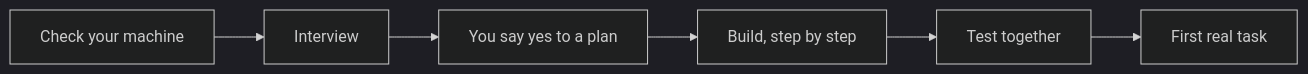
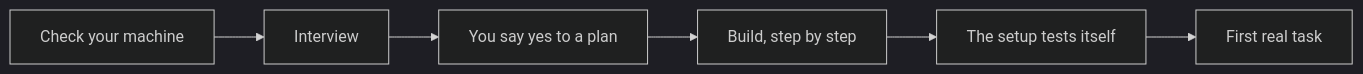
Before and after one commit to nickyjacobs/NEST: the diagram in docs/guide/what-to-expect.md, drawn with Mermaid (dark theme). The commit also changed other lines of this file and 13 other files, not shown here.

````diff
--- a/docs/guide/what-to-expect.md
+++ b/docs/guide/what-to-expect.md
@@ -37,8 +41,8 @@
 ```mermaid
 flowchart LR
     A[Check your machine] --> B[Interview]
     B --> C[You say yes to a plan]
     C --> D[Build, step by step]
-    D --> E[Test together]
+    D --> E[The setup tests itself]
     E --> F[First real task]
 ```
````
